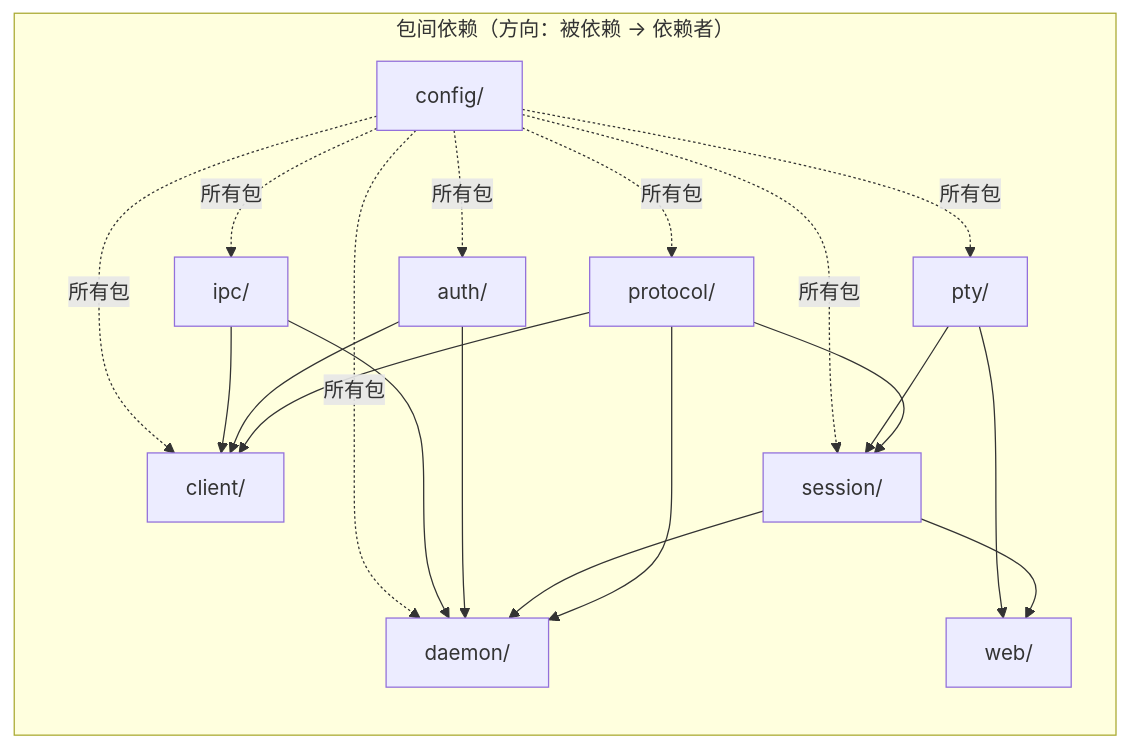
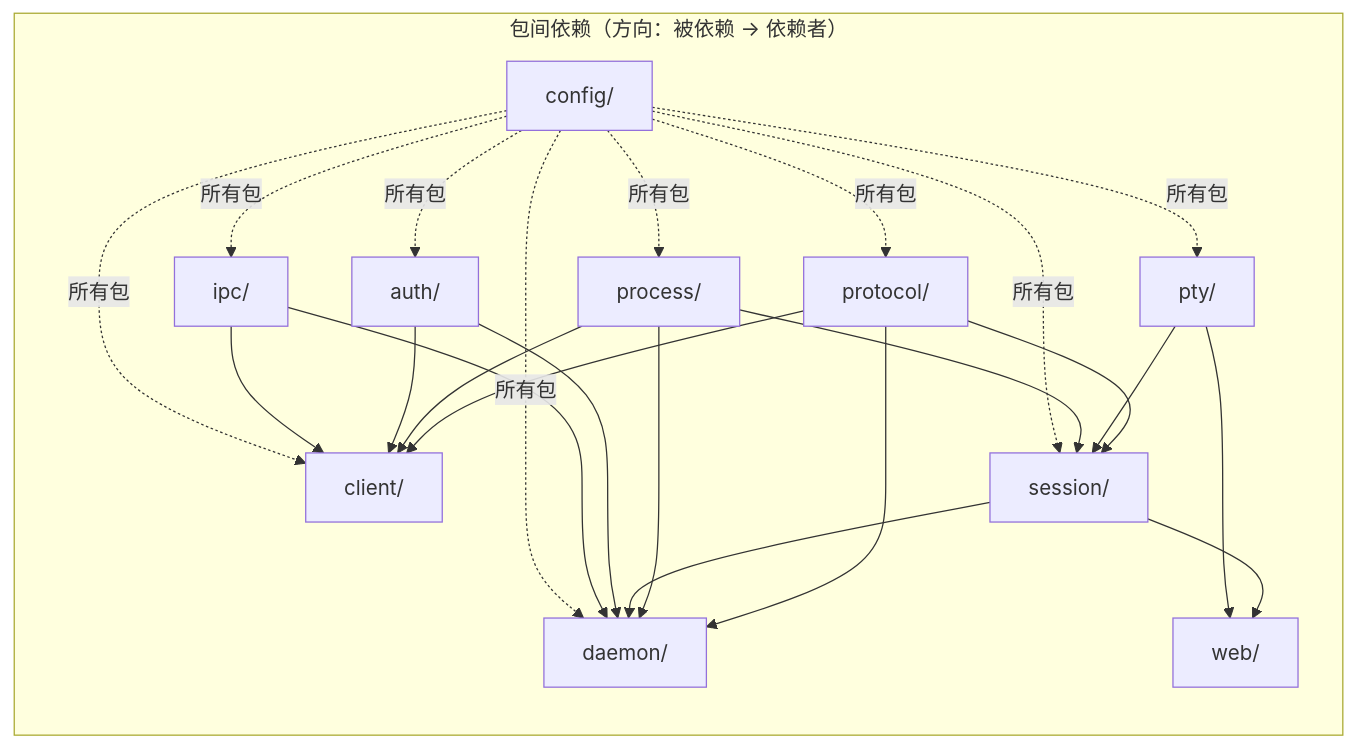
The second of 2 diagrams in docs/ARCHITECTURE.md (ming-14/PTY-Agent), drawn with Mermaid before and after one commit. The commit also changed other lines of this file and 331 other files, not shown here.

````diff
--- a/docs/ARCHITECTURE.md
+++ b/docs/ARCHITECTURE.md
@@ -1115,23 +876,27 @@
 ```mermaid
 graph LR
     subgraph "包间依赖（方向：被依赖 → 依赖者）"
         PROTO["protocol/"] --> CLIENT["client/"]
         PROTO --> DAEMON["daemon/"]
         PROTO --> SESSION["session/"]
         PTY["pty/"] --> SESSION
+        PROC["process/"] --> SESSION
+        PROC --> CLIENT
+        PROC --> DAEMON
         SESSION --> DAEMON
         AUTH["auth/"] --> CLIENT
         AUTH --> DAEMON
         IPC["ipc/"] --> DAEMON
         IPC --> CLIENT
         CONFIG["config/"] -.->|所有包| PTY
         CONFIG -.->|所有包| PROTO
         CONFIG -.->|所有包| CLIENT
         CONFIG -.->|所有包| DAEMON
         CONFIG -.->|所有包| SESSION
         CONFIG -.->|所有包| AUTH
         CONFIG -.->|所有包| IPC
+        CONFIG -.->|所有包| PROC
         SESSION --> WEB["web/"]
         PTY --> WEB
     end
 ```
````
